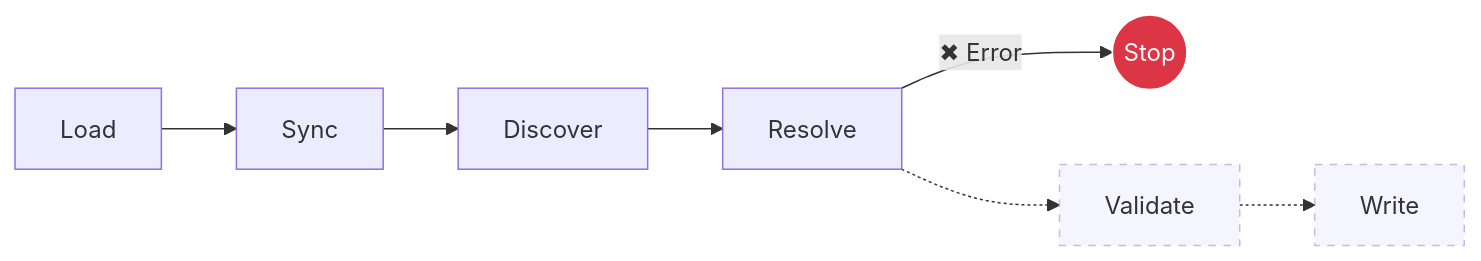
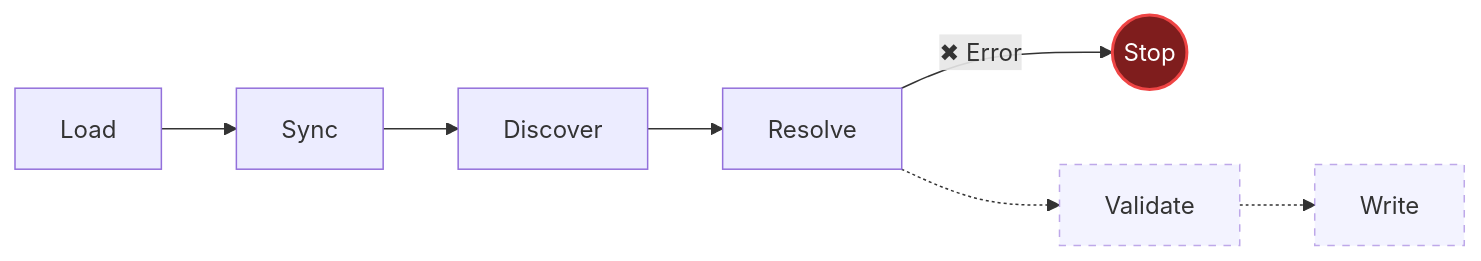
Before and after one commit to budment/budment: the fifth of 5 diagrams in docs/pipline/parse.md, drawn with Mermaid. The commit also changed other lines of this file and 1 other file, not shown here.

````diff
--- a/docs/pipline/parse.md
+++ b/docs/pipline/parse.md
@@ -171,12 +174,11 @@
 ```mermaid
 flowchart LR
     Load --> Sync --> Discover --> Resolve
     Resolve -- "✖ Error" --> Stop((Stop))
 
-    style Stop fill:#dc3545,color:#fff,stroke:#fff
-
     Resolve -.-> Validate -.-> Write
 
-    style Validate stroke-dasharray: 5 5,opacity:0.5
-    style Write stroke-dasharray: 5 5,opacity:0.5
+    style Stop fill:#7f1d1d,stroke:#ef4444,stroke-width:2px,color:#ffffff
+    style Validate stroke-dasharray:5 5,opacity:0.6
+    style Write stroke-dasharray:5 5,opacity:0.6
 ```
````
